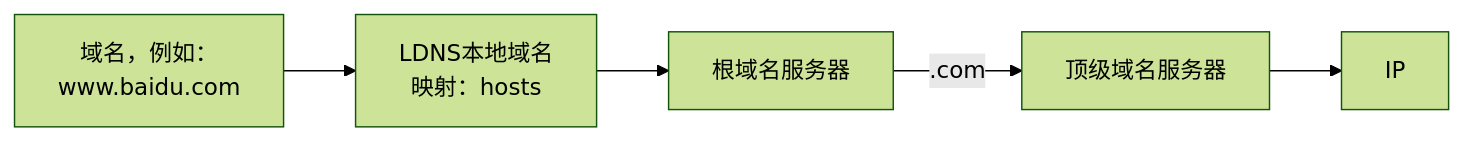
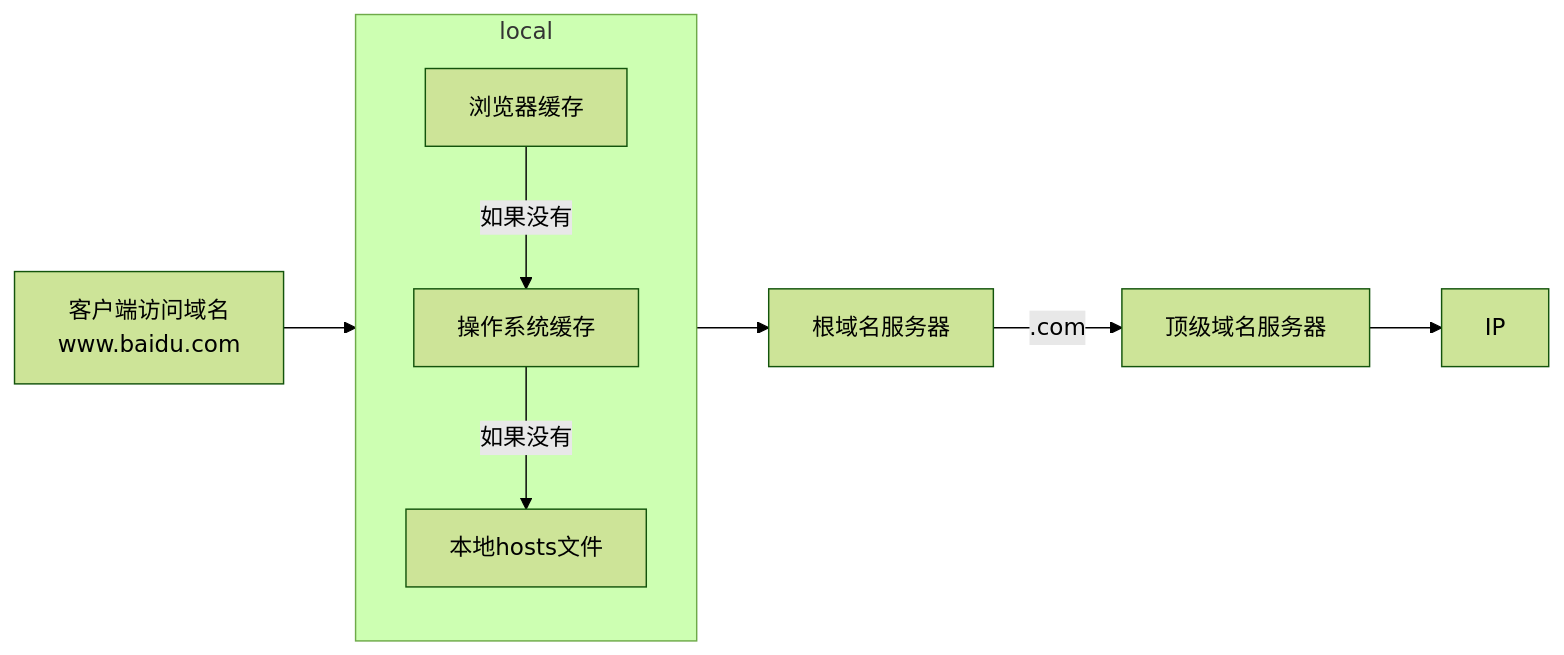
One commit to namelessmyth/beFreeCoder changed the third of 5 diagrams in docs/Architecture/学习笔记-架构设计.md. Above: the diagram before and after it, drawn with Mermaid (forest theme). The commit also changed other lines of this file and 4 other files, not shown here.

````diff
--- a/docs/Architecture/学习笔记-架构设计.md
+++ b/docs/Architecture/学习笔记-架构设计.md
@@ -759,5 +823,11 @@
 ```mermaid
 flowchart LR
-name["域名，例如：<br>www.baidu.com"]-->local["LDNS本地域名<br>映射：hosts"]
--->root["根域名服务器"]-->|.com|top["顶级域名服务器"]-->IP
+name["客户端访问域名<br>www.baidu.com"]-->local
+subgraph local
+	direction TB
+	browser["浏览器缓存"]
+	-->|如果没有|os["操作系统缓存"]
+	-->|如果没有|本地hosts文件
+end
+local-->root["根域名服务器"]-->|.com|top["顶级域名服务器"]-->IP
 ```
````
